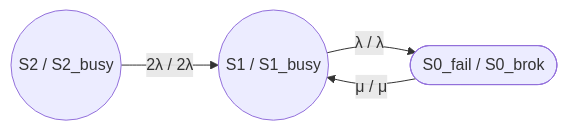
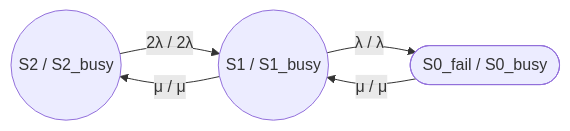
Before and after one commit to bpmbpm/doc: the second of 4 diagrams in IT/reliability_risk/reliability/formula/formula4/v1/review_Jain_2.md, drawn with Mermaid. The commit also changed other lines of this file, not shown here.

````diff
--- a/IT/reliability_risk/reliability/formula/formula4/v1/review_Jain_2.md
+++ b/IT/reliability_risk/reliability/formula/formula4/v1/review_Jain_2.md
@@ -122,11 +126,12 @@
 ```mermaid
 flowchart LR
     S2((S2 / S2_busy))
     S1((S1 / S1_busy))
-    S0([S0_fail / S0_brok])
+    S0([S0_fail / S0_busy])
 
     S2 -->|"2λ / 2λ"| S1
     S1 -->|"λ / λ"| S0
     
     S0 -->|"μ / μ"| S1
+    S1 -->|"μ / μ"| S2
 ```
````
